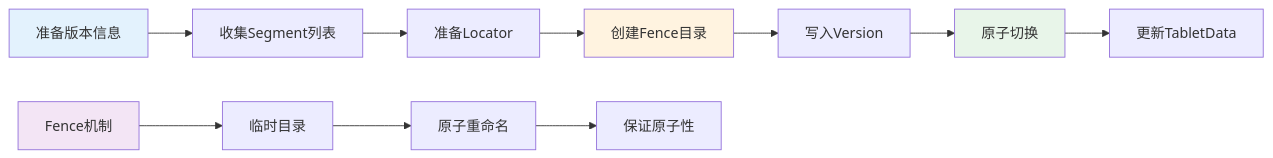
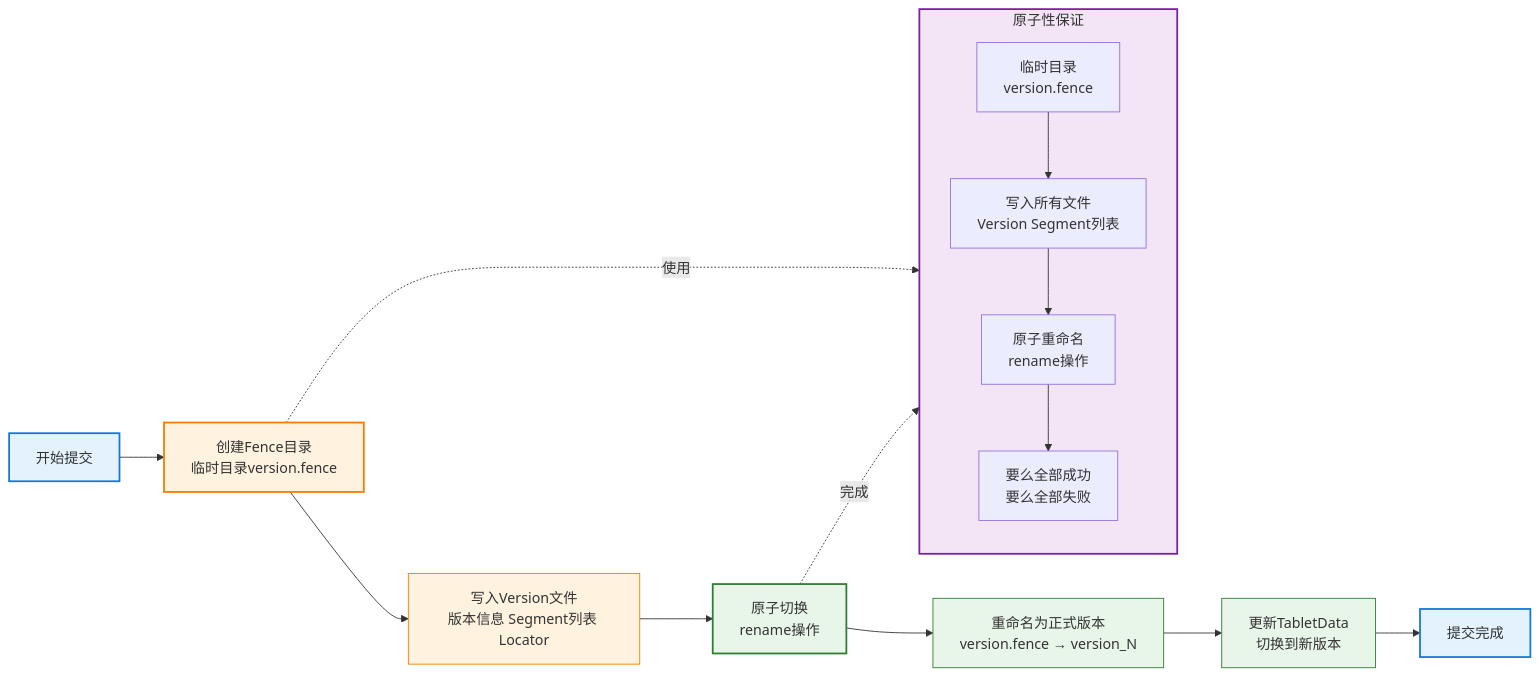
Before and after one commit to zhouzhilong-commits/zhouzhilong-commits.github.io: diagram 20 of 28 in _posts/2025-06-03-indexlib-3-build-flow.md, drawn with Mermaid. The commit also changed other lines of this file and 6 other files, not shown here.

````diff
--- a/_posts/2025-06-03-indexlib-3-build-flow.md
+++ b/_posts/2025-06-03-indexlib-3-build-flow.md
@@ -1354,18 +1656,35 @@
 ```mermaid
-graph LR
-    A[准备版本信息] --> B[收集Segment列表]
-    B --> C[准备Locator]
-    C --> D[创建Fence目录]
-    D --> E[写入Version]
-    E --> F[原子切换]
-    F --> G[更新TabletData]
+flowchart LR
+    Start[开始提交] --> Create[创建Fence目录<br/>临时目录version.fence]
     
-    H[Fence机制] --> I[临时目录]
-    I --> J[原子重命名]
-    J --> K[保证原子性]
+    Create --> Write[写入Version文件<br/>版本信息 Segment列表 Locator]
+    Write --> Switch[原子切换<br/>rename操作]
+    Switch --> Rename[重命名为正式版本<br/>version.fence → version_N]
     
-    style A fill:#e3f2fd
-    style D fill:#fff3e0
-    style F fill:#e8f5e9
-    style H fill:#f3e5f5
+    Rename --> Update[更新TabletData<br/>切换到新版本]
+    Update --> End[提交完成]
+    
+    subgraph Atomic["原子性保证"]
+        direction TB
+        A1[临时目录<br/>version.fence]
+        A2[写入所有文件<br/>Version Segment列表]
+        A3[原子重命名<br/>rename操作]
+        A4[要么全部成功<br/>要么全部失败]
+        
+        A1 --> A2
+        A2 --> A3
+        A3 --> A4
+    end
+    
+    Create -.->|使用| Atomic
+    Switch -.->|完成| Atomic
+    
+    style Start fill:#e3f2fd,stroke:#1976d2,stroke-width:2px
+    style Create fill:#fff3e0,stroke:#f57c00,stroke-width:2px
+    style Write fill:#fff3e0,stroke:#f57c00,stroke-width:1px
+    style Switch fill:#e8f5e9,stroke:#2e7d32,stroke-width:2px
+    style Rename fill:#e8f5e9,stroke:#2e7d32,stroke-width:1px
+    style Update fill:#e8f5e9,stroke:#2e7d32,stroke-width:1px
+    style End fill:#e3f2fd,stroke:#1976d2,stroke-width:2px
+    style Atomic fill:#f3e5f5,stroke:#7b1fa2,stroke-width:2px
 ```
````
